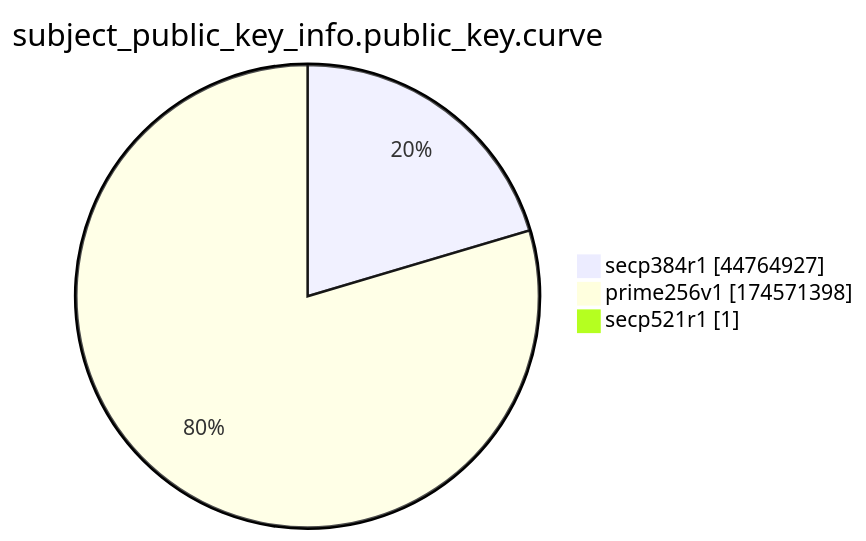
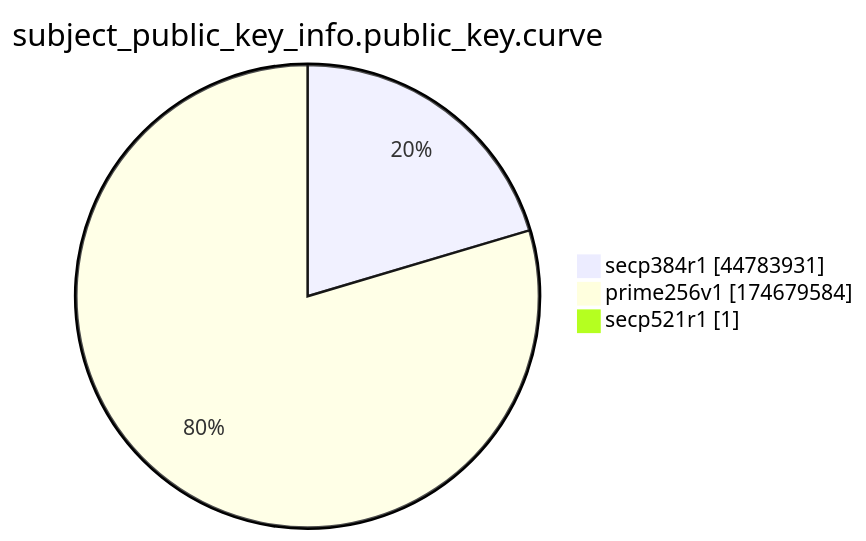
One commit to christiankrug/ctmonitor_visualization changed the ninth of 15 diagrams in xenon2022/README.md. Above: the diagram before and after it, drawn with Mermaid. The commit also changed other lines of this file, not shown here.

````diff
--- a/xenon2022/README.md
+++ b/xenon2022/README.md
@@ -2871,7 +2871,7 @@
 ```mermaid
 pie showData
 title subject_public_key_info.public_key.curve
-"secp384r1" :44764927
-"prime256v1" :174571398
+"secp384r1" :44783931
+"prime256v1" :174679584
 "secp521r1" :1
 ```
````
